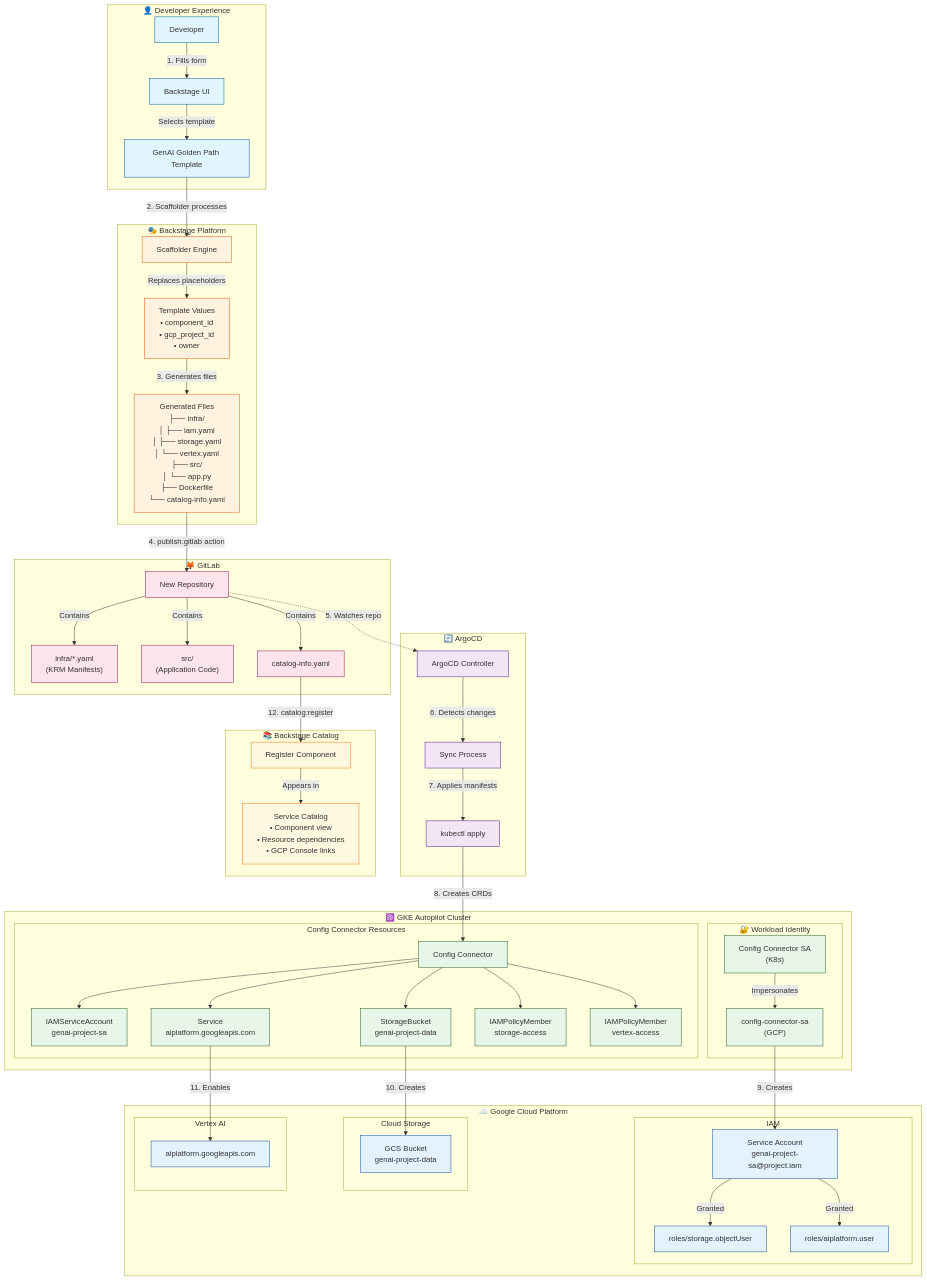
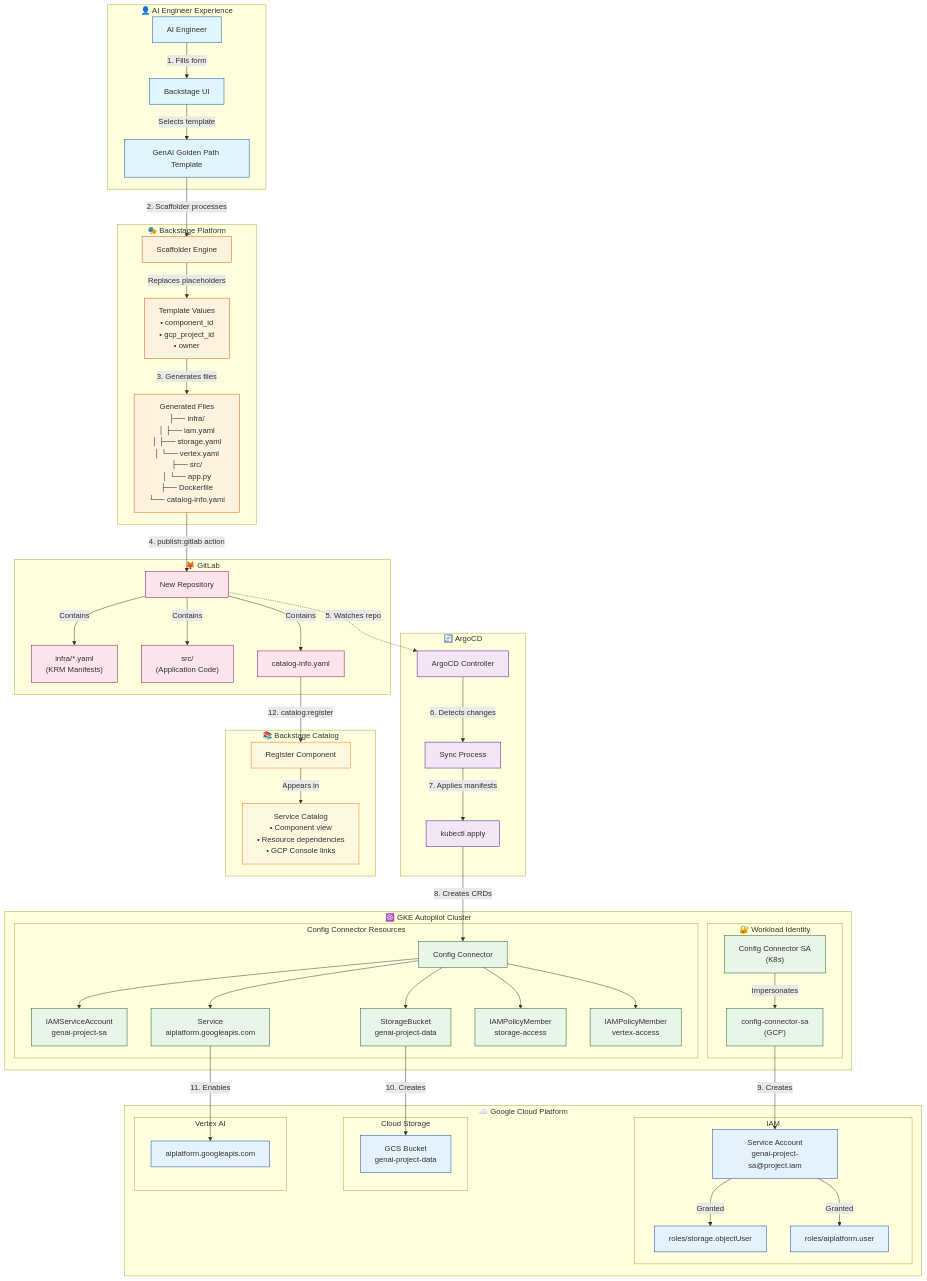
One commit to mysticrenji/backstage-gcp-goldenpath changed the first of 5 diagrams in docs/00-architecture.md. Above: the diagram before and after it, drawn with Mermaid. The commit also changed other lines of this file and 6 other files, not shown here.

````diff
--- a/docs/00-architecture.md
+++ b/docs/00-architecture.md
@@ -21,79 +21,79 @@
 ```mermaid
 flowchart TB
-    subgraph User["👤 Developer Experience"]
-        U[Developer] --> |"1. Fills form"| BSU[Backstage UI]
+    subgraph User["👤 AI Engineer Experience"]
+        U[AI Engineer] --> |"1. Fills form"| BSU[Backstage UI]
         BSU --> |"Selects template"| TPL[GenAI Golden Path Template]
     end
 
     subgraph Backstage["🎭 Backstage Platform"]
         TPL --> |"2. Scaffolder processes"| SCF[Scaffolder Engine]
         SCF --> |"Replaces placeholders"| VAL["Template Values<br/>• component_id<br/>• gcp_project_id<br/>• owner"]
         VAL --> |"3. Generates files"| GEN["Generated Files<br/>├── infra/<br/>│   ├── iam.yaml<br/>│   ├── storage.yaml<br/>│   └── vertex.yaml<br/>├── src/<br/>│   └── app.py<br/>├── Dockerfile<br/>└── catalog-info.yaml"]
     end
 
     subgraph GitLab["🦊 GitLab"]
         GEN --> |"4. publish:gitlab action"| REPO[New Repository]
         REPO --> |"Contains"| INFRA["infra/*.yaml<br/>(KRM Manifests)"]
         REPO --> |"Contains"| SRC["src/<br/>(Application Code)"]
         REPO --> |"Contains"| CAT["catalog-info.yaml"]
     end
 
     subgraph ArgoCDSystem["🔄 ArgoCD"]
         REPO -.-> |"5. Watches repo"| ARGO[ArgoCD Controller]
         ARGO --> |"6. Detects changes"| SYNC[Sync Process]
         SYNC --> |"7. Applies manifests"| APPLY["kubectl apply"]
     end
 
     subgraph GKE["☸️ GKE Autopilot Cluster"]
         APPLY --> |"8. Creates CRDs"| CC[Config Connector]
 
         subgraph ConfigConnector["Config Connector Resources"]
             CC --> IAM_SA["IAMServiceAccount<br/>genai-project-sa"]
             CC --> BUCKET["StorageBucket<br/>genai-project-data"]
             CC --> SVC["Service<br/>aiplatform.googleapis.com"]
             CC --> IAM_POL1["IAMPolicyMember<br/>storage-access"]
             CC --> IAM_POL2["IAMPolicyMember<br/>vertex-access"]
         end
 
         subgraph WorkloadIdentity["🔐 Workload Identity"]
             CC_SA["Config Connector SA<br/>(K8s)"] --> |"Impersonates"| GCP_SA["config-connector-sa<br/>(GCP)"]
         end
     end
 
     subgraph GCP["☁️ Google Cloud Platform"]
         subgraph IAM["IAM"]
             GCP_SA --> |"9. Creates"| SA_REAL["Service Account<br/>genai-project-sa@project.iam"]
             SA_REAL --> |"Granted"| ROLE1["roles/storage.objectUser"]
             SA_REAL --> |"Granted"| ROLE2["roles/aiplatform.user"]
         end
 
         subgraph Storage["Cloud Storage"]
             BUCKET --> |"10. Creates"| GCS["GCS Bucket<br/>genai-project-data"]
         end
 
         subgraph VertexAI["Vertex AI"]
             SVC --> |"11. Enables"| API["aiplatform.googleapis.com"]
         end
     end
 
     subgraph Catalog["📚 Backstage Catalog"]
         CAT --> |"12. catalog:register"| REG[Register Component]
         REG --> |"Appears in"| CATALOG["Service Catalog<br/>• Component view<br/>• Resource dependencies<br/>• GCP Console links"]
     end
 
     classDef user fill:#e1f5fe,stroke:#01579b
     classDef backstage fill:#fff3e0,stroke:#e65100
     classDef gitlab fill:#fce4ec,stroke:#880e4f
     classDef argocd fill:#f3e5f5,stroke:#4a148c
     classDef gke fill:#e8f5e9,stroke:#1b5e20
     classDef gcp fill:#e3f2fd,stroke:#0d47a1
     classDef catalog fill:#fff8e1,stroke:#ff6f00
 
     class U,BSU,TPL user
     class SCF,VAL,GEN backstage
     class REPO,INFRA,SRC,CAT gitlab
     class ARGO,SYNC,APPLY argocd
     class CC,IAM_SA,BUCKET,SVC,IAM_POL1,IAM_POL2,CC_SA,GCP_SA gke
     class SA_REAL,ROLE1,ROLE2,GCS,API gcp
     class REG,CATALOG catalog
 ```
````
